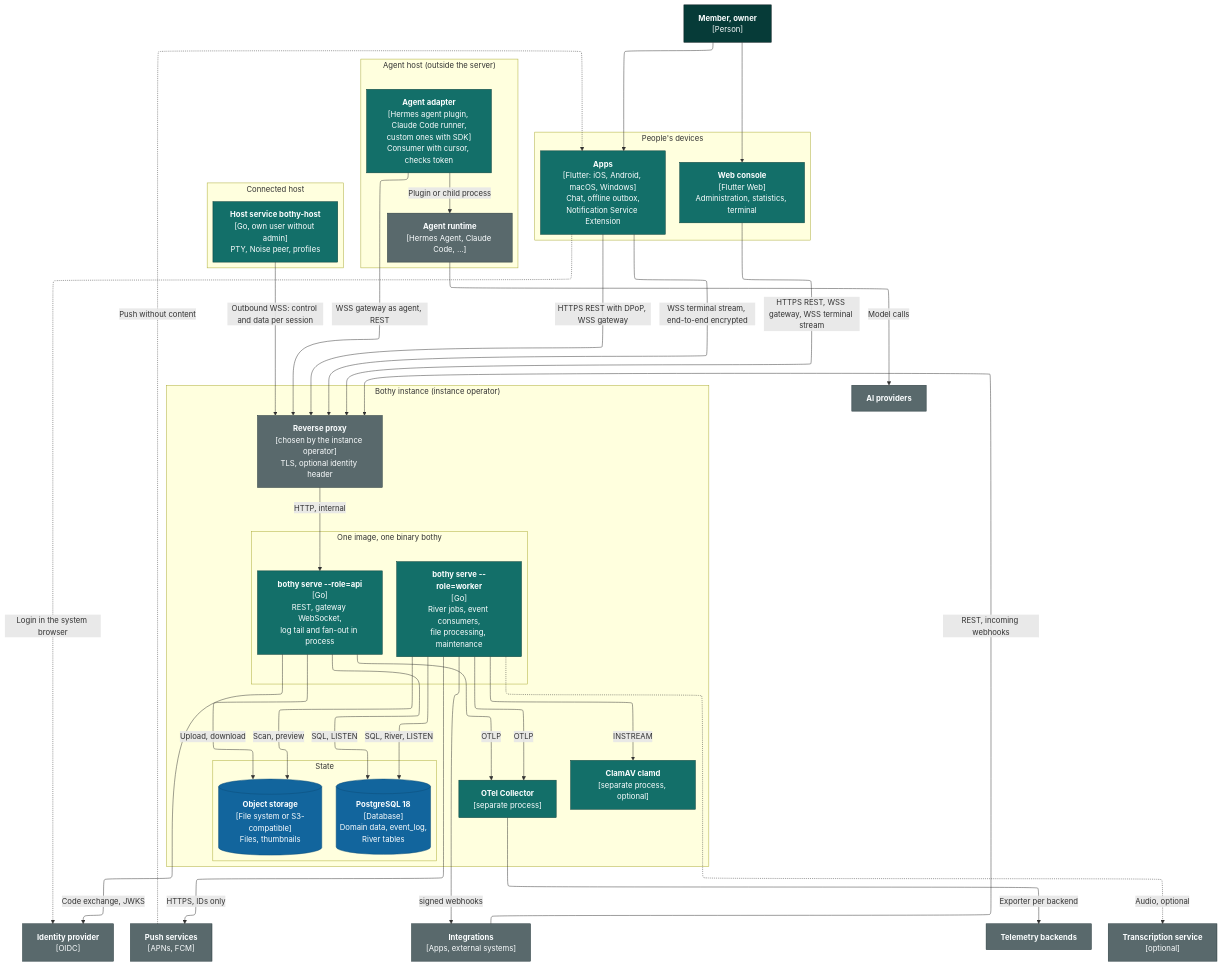
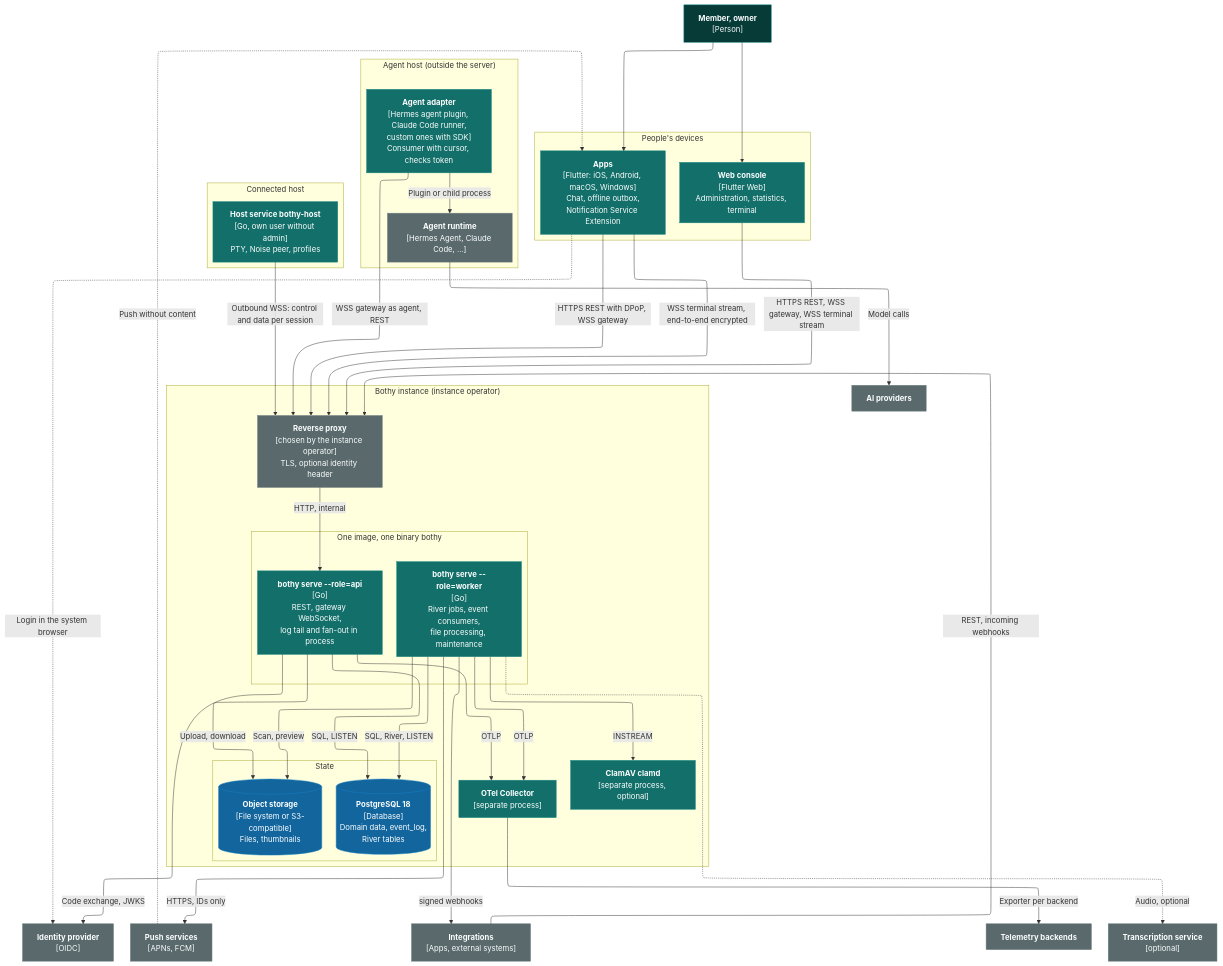
The diagram in docs/architecture/c4-2-container.mmd (mguttmann/bothy), drawn with Mermaid before and after one commit. The commit also changed 176 other files, not shown here.

```diff
--- a/docs/architecture/c4-2-container.mmd
+++ b/docs/architecture/c4-2-container.mmd
@@ -1,80 +1,80 @@
 ---
 config:
   layout: elk
 ---
 %% C4 level 2: containers. C4 notation as a Mermaid flowchart (see README).
 %% The secret source (file, env, later Key Vault) is not drawn: api and worker read it at
 %% start and on rotation (02-architecture.md, section Configuration loading).
 flowchart TB
-  classDef person fill:#063b38,stroke:#08191c,color:#fbfeff
-  classDef container fill:#136f69,stroke:#063b38,color:#fbfeff
-  classDef store fill:#12659d,stroke:#0b4d79,color:#fbfeff
-  classDef ext fill:#59696c,stroke:#24363a,color:#fbfeff
+  classDef person fill:#063b38,stroke:#1b8a83,color:#fbfeff
+  classDef container fill:#136f69,stroke:#1b8a83,color:#fbfeff
+  classDef store fill:#12659d,stroke:#197fc3,color:#fbfeff
+  classDef ext fill:#59696c,stroke:#748486,color:#fbfeff
 
   member["<b>Member, owner</b><br/>[Person]"]:::person
 
   subgraph devices["People's devices"]
     direction LR
     apps["<b>Apps</b><br/>[Flutter: iOS, Android, macOS, Windows]<br/>Chat, offline outbox,<br/>Notification Service Extension"]:::container
     console["<b>Web console</b><br/>[Flutter Web]<br/>Administration, statistics, terminal"]:::container
   end
 
   subgraph agenthost["Agent host (outside the server)"]
     direction LR
     adapter["<b>Agent adapter</b><br/>[Hermes agent plugin, Claude Code runner,<br/>custom ones with SDK]<br/>Consumer with cursor, checks token"]:::container
     runtime["<b>Agent runtime</b><br/>[Hermes Agent, Claude Code, ...]"]:::ext
   end
 
   subgraph termhost["Connected host"]
     direction LR
     hostd["<b>Host service bothy-host</b><br/>[Go, own user without admin]<br/>PTY, Noise peer, profiles"]:::container
   end
 
   subgraph inst["Bothy instance (instance operator)"]
     proxy["<b>Reverse proxy</b><br/>[chosen by the instance operator]<br/>TLS, optional identity header"]:::ext
     subgraph bin["One image, one binary bothy"]
       direction LR
       api["<b>bothy serve --role=api</b><br/>[Go]<br/>REST, gateway WebSocket,<br/>log tail and fan-out in process"]:::container
       worker["<b>bothy serve --role=worker</b><br/>[Go]<br/>River jobs, event consumers,<br/>file processing, maintenance"]:::container
     end
     subgraph data["State"]
       direction LR
       pg[("<b>PostgreSQL 18</b><br/>[Database]<br/>Domain data, event_log,<br/>River tables")]:::store
       objects[("<b>Object storage</b><br/>[File system or S3-compatible]<br/>Files, thumbnails")]:::store
     end
     clamd["<b>ClamAV clamd</b><br/>[separate process, optional]"]:::container
     otelcol["<b>OTel Collector</b><br/>[separate process]"]:::container
   end
 
   idp["<b>Identity provider</b><br/>[OIDC]"]:::ext
   pushsvc["<b>Push services</b><br/>[APNs, FCM]"]:::ext
   llm["<b>AI providers</b>"]:::ext
   integr["<b>Integrations</b><br/>[Apps, external systems]"]:::ext
   backends["<b>Telemetry backends</b>"]:::ext
   stt["<b>Transcription service</b><br/>[optional]"]:::ext
 
   member --> apps
   member --> console
   apps -->|"HTTPS REST with DPoP, WSS gateway"| proxy
   console -->|"HTTPS REST, WSS gateway, WSS terminal stream"| proxy
   adapter -->|"WSS gateway as agent, REST"| proxy
   integr -->|"REST, incoming webhooks"| proxy
   hostd -->|"Outbound WSS: control and data per session"| proxy
   apps -->|"WSS terminal stream, end-to-end encrypted"| proxy
   apps -.->|"Login in the system browser"| idp
   adapter -->|"Plugin or child process"| runtime
   runtime -->|"Model calls"| llm
   proxy -->|"HTTP, internal"| api
   api -->|"SQL, LISTEN"| pg
   worker -->|"SQL, River, LISTEN"| pg
   api -->|"Upload, download"| objects
   worker -->|"Scan, preview"| objects
   worker -->|"INSTREAM"| clamd
   api -->|"Code exchange, JWKS"| idp
   worker -->|"HTTPS, IDs only"| pushsvc
   pushsvc -.->|"Push without content"| apps
   worker -->|"signed webhooks"| integr
   worker -.->|"Audio, optional"| stt
   api -->|"OTLP"| otelcol
   worker -->|"OTLP"| otelcol
   otelcol -->|"Exporter per backend"| backends
```
